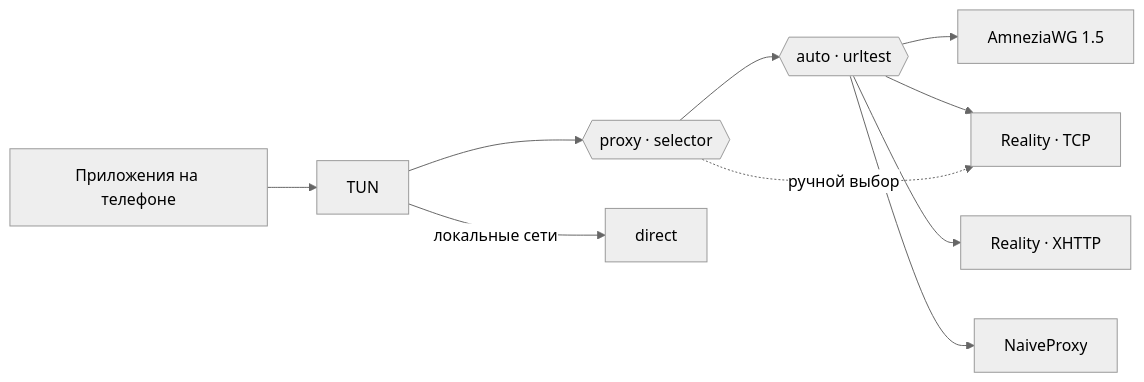
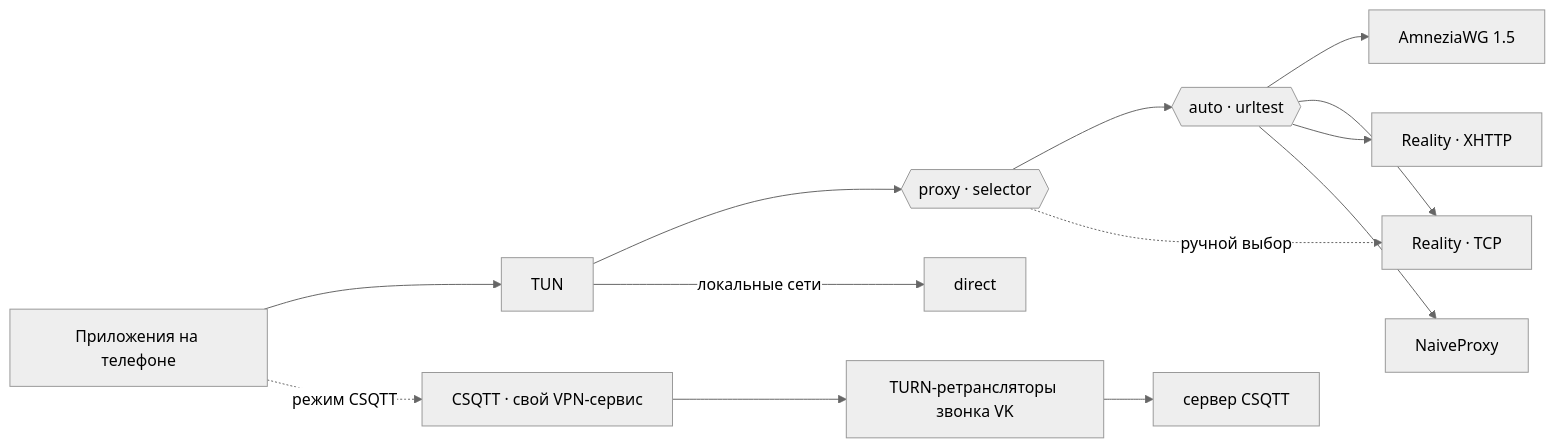
One commit to zzeygarnik/sing-box-extended changed the diagram in README.ru.md. Above: the diagram before and after it, drawn with Mermaid (neutral theme). The commit also changed other lines of this file and 1 other file, not shown here.

Commit message:
docs(zgrnk): document CSQTT mode, icon and bundled engine license in README

````diff
--- a/README.ru.md
+++ b/README.ru.md
@@ -49,12 +53,13 @@
 ```mermaid
 flowchart LR
     apps[Приложения на телефоне] --> tun[TUN]
     tun --> proxy{{"proxy · selector"}}
     proxy --> auto{{"auto · urltest"}}
     auto --> awg[AmneziaWG 1.5]
     auto --> rtcp[Reality · TCP]
     auto --> rxh[Reality · XHTTP]
     auto --> naive[NaiveProxy]
     proxy -. ручной выбор .-> rtcp
     tun -- локальные сети --> direct[direct]
+    apps -. режим CSQTT .-> csq[CSQTT · свой VPN-сервис] --> turn[TURN-ретрансляторы звонка VK] --> srv[сервер CSQTT]
 ```
````
